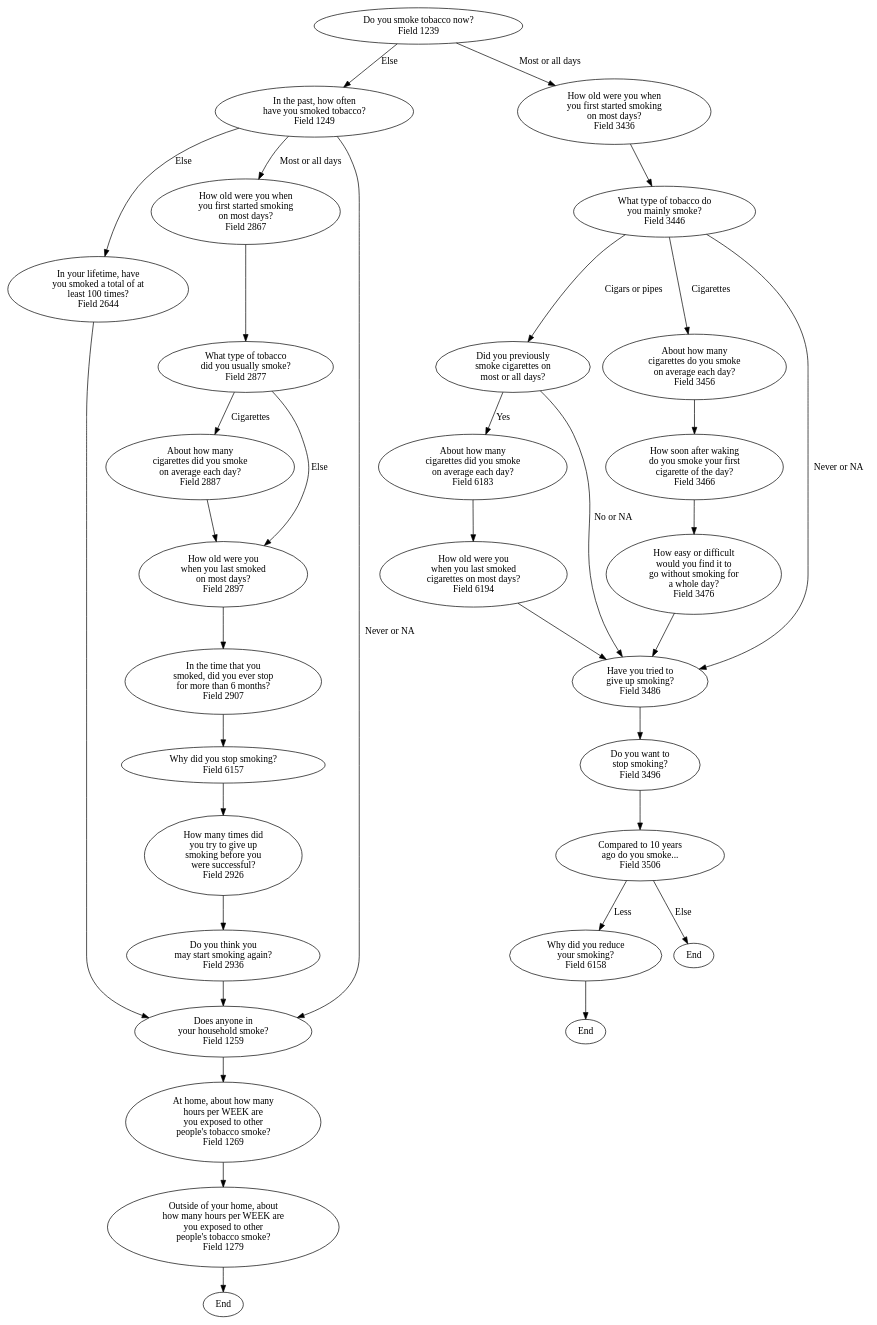
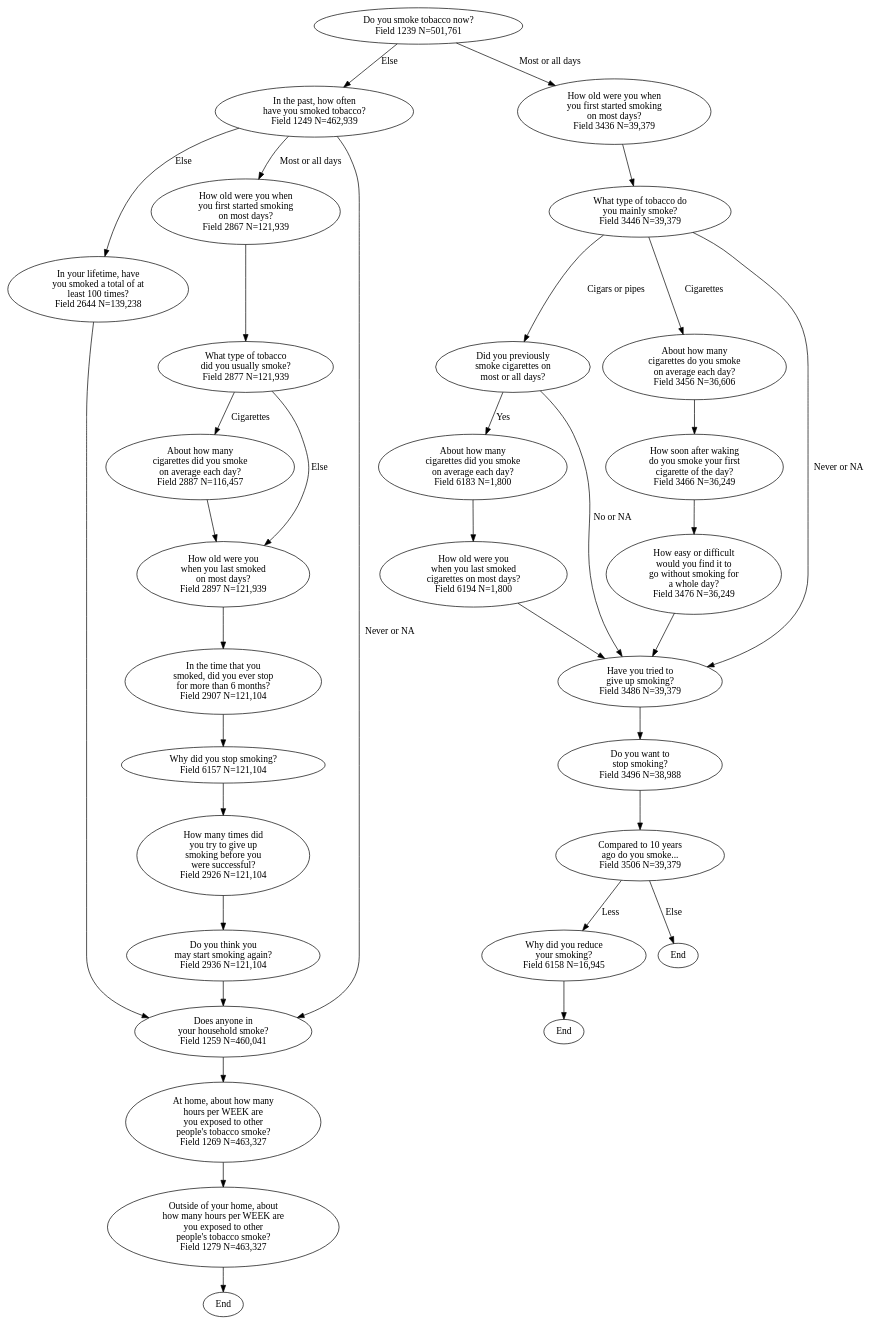
One commit to dbrazel/ukbiobank-flowcharts changed the diagram in smoking_phenotypes.dot. Above: the diagram before and after it, drawn with Graphviz. The commit also changed 3 other files, not shown here.

```diff
--- a/smoking_phenotypes.dot
+++ b/smoking_phenotypes.dot
@@ -1,108 +1,108 @@
 digraph {
 	//Nodes (Questions)
-	S1[label="Do you smoke tobacco now?\nField 1239"]
+	S1[label="Do you smoke tobacco now?\nField 1239 N=501,761"]
 
-	S2[label="In the past, how often\nhave you smoked tobacco?\nField 1249"]
-	S2A[label="In your lifetime, have\nyou smoked a total of at\nleast 100 times?\nField 2644"]
+	S2[label="In the past, how often\nhave you smoked tobacco?\nField 1249 N=462,939"]
+	S2A[label="In your lifetime, have\nyou smoked a total of at\nleast 100 times?\nField 2644 N=139,238"]
 
-	S3[label="How old were you when\n you first started smoking\non most days?\nField 3436"]
+	S3[label="How old were you when\n you first started smoking\non most days?\nField 3436 N=39,379"]
 
-	S4[label="What type of tobacco do\nyou mainly smoke?\nField 3446"]
+	S4[label="What type of tobacco do\nyou mainly smoke?\nField 3446 N=39,379"]
 
 	//This question was not assigned a field ID and answers are not directly reported
 	S4AA[label="Did you previously\nsmoke cigarettes on\nmost or all days?"]
 
-	S4AB[label="About how many\ncigarettes did you smoke\non average each day?\nField 6183"]
-	S4AC[label="How old were you\nwhen you last smoked\ncigarettes on most days?\nField 6194"]
-	S4A[label="About how many\ncigarettes do you smoke\non average each day?\nField 3456"]
-	S4B[label="How soon after waking\ndo you smoke your first\ncigarette of the day?\nField 3466"]
-	S4C[label="How easy or difficult\nwould you find it to\ngo without smoking for\na whole day?\nField 3476"]
+	S4AB[label="About how many\ncigarettes did you smoke\non average each day?\nField 6183 N=1,800"]
+	S4AC[label="How old were you\nwhen you last smoked\ncigarettes on most days?\nField 6194 N=1,800"]
+	S4A[label="About how many\ncigarettes do you smoke\non average each day?\nField 3456 N=36,606"]
+	S4B[label="How soon after waking\ndo you smoke your first\ncigarette of the day?\nField 3466 N=36,249"]
+	S4C[label="How easy or difficult\nwould you find it to\ngo without smoking for\na whole day?\nField 3476 N=36,249"]
 
-	S5[label="Have you tried to\ngive up smoking?\nField 3486"]
-	S5AA[label="Do you want to\nstop smoking?\nField 3496"]
-	S5A[label="Compared to 10 years\nago do you smoke...\nField 3506"]
-	S5B[label="Why did you reduce\nyour smoking?\nField 6158"]
+	S5[label="Have you tried to\ngive up smoking?\nField 3486 N=39,379"]
+	S5AA[label="Do you want to\nstop smoking?\nField 3496 N=38,988"]
+	S5A[label="Compared to 10 years\nago do you smoke...\nField 3506 N=39,379"]
+	S5B[label="Why did you reduce\nyour smoking?\nField 6158 N=16,945"]
 
-	S6[label="How old were you when\nyou first started smoking\non most days?\nField 2867"]
+	S6[label="How old were you when\nyou first started smoking\non most days?\nField 2867 N=121,939"]
 
-	S7[label="What type of tobacco\ndid you usually smoke?\nField 2877"]
-	S7A[label="About how many\ncigarettes did you smoke\non average each day?\nField 2887"]
+	S7[label="What type of tobacco\ndid you usually smoke?\nField 2877 N=121,939"]
+	S7A[label="About how many\ncigarettes did you smoke\non average each day?\nField 2887 N=116,457"]
 
-	S8[label="How old were you\nwhen you last smoked\non most days?\nField 2897"]
+	S8[label="How old were you\nwhen you last smoked\non most days?\nField 2897 N=121,939"]
 
-	S9[label="In the time that you\nsmoked, did you ever stop\nfor more than 6 months?\nField 2907"]
+	S9[label="In the time that you\nsmoked, did you ever stop\nfor more than 6 months?\nField 2907 N=121,104"]
 
-	S10[label="Why did you stop smoking?\nField 6157"]
-	S10A[label="How many times did\nyou try to give up\nsmoking before you\nwere successful?\nField 2926"]
-	S10B[label="Do you think you\nmay start smoking again?\nField 2936"]
+	S10[label="Why did you stop smoking?\nField 6157 N=121,104"]
+	S10A[label="How many times did\nyou try to give up\nsmoking before you\nwere successful?\nField 2926 N=121,104"]
+	S10B[label="Do you think you\nmay start smoking again?\nField 2936 N=121,104"]
 
-	S11[label="Does anyone in\nyour household smoke?\nField 1259"]
+	S11[label="Does anyone in\nyour household smoke?\nField 1259 N=460,041"]
 
-	S12[label="At home, about how many\nhours per WEEK are\nyou exposed to other\npeople's tobacco smoke?\nField 1269"]
+	S12[label="At home, about how many\nhours per WEEK are\nyou exposed to other\npeople's tobacco smoke?\nField 1269 N=463,327"]
 
-	S13[label="Outside of your home, about\nhow many hours per WEEK are\nyou exposed to other\npeople's tobacco smoke?\nField 1279"]
+	S13[label="Outside of your home, about\nhow many hours per WEEK are\nyou exposed to other\npeople's tobacco smoke?\nField 1279 N=463,327"]
 
 	End2[label="End"]
 	End3[label="End"]
 
 	//Edges (Routing Logic)
 	S1 -> S3[label="Most or all days"]
 	S1 -> S2[label="Else"]
 
 	S2 -> S6[label="Most or all days"]
 	S2 -> S11[label="Never or NA"]
 	S2 -> S2A[label="Else"]
 
 	S2A -> S11
 
 	S3 -> S4
 
 	S4 -> S4A[label="Cigarettes"]
 	S4 -> S4AA[label="Cigars or pipes"]
 	S4 -> S5[label="Never or NA"]
 
 	S4AA -> S4AB[label="Yes"]
 	S4AA -> S5[label="No or NA"]
 
 	S4AB -> S4AC
 
 	S4AC -> S5
 
 	S4A -> S4B
 
 	S4B -> S4C
 
 	S4C -> S5
 
 	S5 -> S5AA
 
 	S5AA -> S5A
 
 	S5A -> S5B[label="Less"]
 	S5A -> End[label="Else"]
 
 	S5B -> End2
 
 	S6 -> S7
 
 	S7 -> S7A[label="Cigarettes"]
 	S7 -> S8[label="Else"]
 
 	S7A -> S8
 
 	S8 -> S9
 
 	S9 -> S10
 
 	S10 -> S10A
 
 	S10A -> S10B
 
 	S10B -> S11
 
 	S11 -> S12
 
 	S12 -> S13
 
 	S13 -> End3
 }
```
